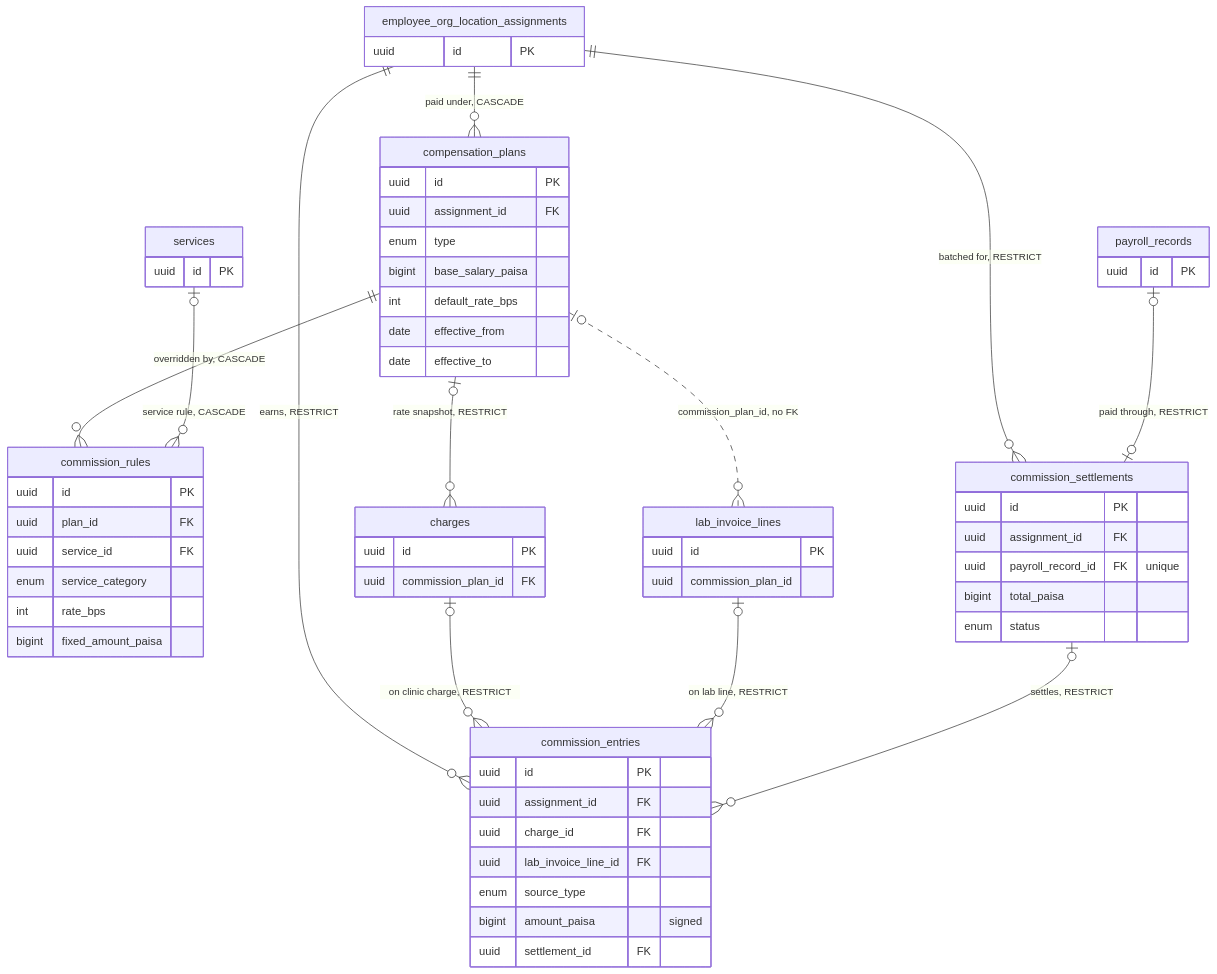
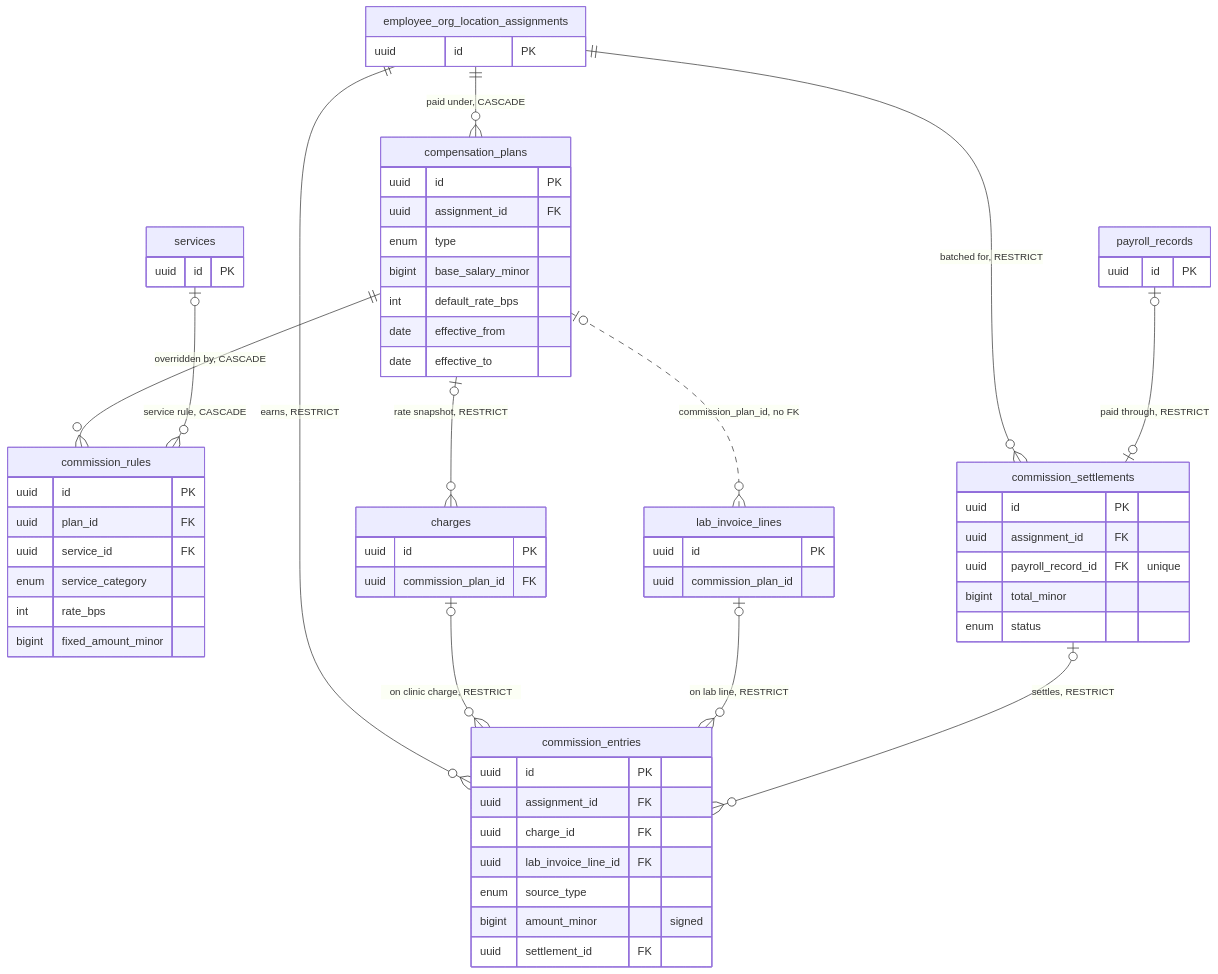
One commit to moinuddin2004/cms changed the diagram in docs/handbook/diagrams/ch22-compensation-erd.mmd. Above: the diagram before and after it, drawn with Mermaid. The commit also changed 436 other files, not shown here.

```diff
--- a/docs/handbook/diagrams/ch22-compensation-erd.mmd
+++ b/docs/handbook/diagrams/ch22-compensation-erd.mmd
@@ -1,62 +1,62 @@
 erDiagram
   employee_org_location_assignments ||--o{ compensation_plans : "paid under, CASCADE"
   compensation_plans ||--o{ commission_rules : "overridden by, CASCADE"
   services |o--o{ commission_rules : "service rule, CASCADE"
   employee_org_location_assignments ||--o{ commission_entries : "earns, RESTRICT"
   charges |o--o{ commission_entries : "on clinic charge, RESTRICT"
   lab_invoice_lines |o--o{ commission_entries : "on lab line, RESTRICT"
   commission_settlements |o--o{ commission_entries : "settles, RESTRICT"
   employee_org_location_assignments ||--o{ commission_settlements : "batched for, RESTRICT"
   payroll_records |o--o| commission_settlements : "paid through, RESTRICT"
   compensation_plans |o--o{ charges : "rate snapshot, RESTRICT"
   compensation_plans |o..o{ lab_invoice_lines : "commission_plan_id, no FK"
   compensation_plans {
     uuid id PK
     uuid assignment_id FK
     enum type
-    bigint base_salary_paisa
+    bigint base_salary_minor
     int default_rate_bps
     date effective_from
     date effective_to
   }
   commission_rules {
     uuid id PK
     uuid plan_id FK
     uuid service_id FK
     enum service_category
     int rate_bps
-    bigint fixed_amount_paisa
+    bigint fixed_amount_minor
   }
   commission_entries {
     uuid id PK
     uuid assignment_id FK
     uuid charge_id FK
     uuid lab_invoice_line_id FK
     enum source_type
-    bigint amount_paisa "signed"
+    bigint amount_minor "signed"
     uuid settlement_id FK
   }
   commission_settlements {
     uuid id PK
     uuid assignment_id FK
     uuid payroll_record_id FK "unique"
-    bigint total_paisa
+    bigint total_minor
     enum status
   }
   employee_org_location_assignments {
     uuid id PK
   }
   services {
     uuid id PK
   }
   charges {
     uuid id PK
     uuid commission_plan_id FK
   }
   lab_invoice_lines {
     uuid id PK
     uuid commission_plan_id
   }
   payroll_records {
     uuid id PK
   }
```
